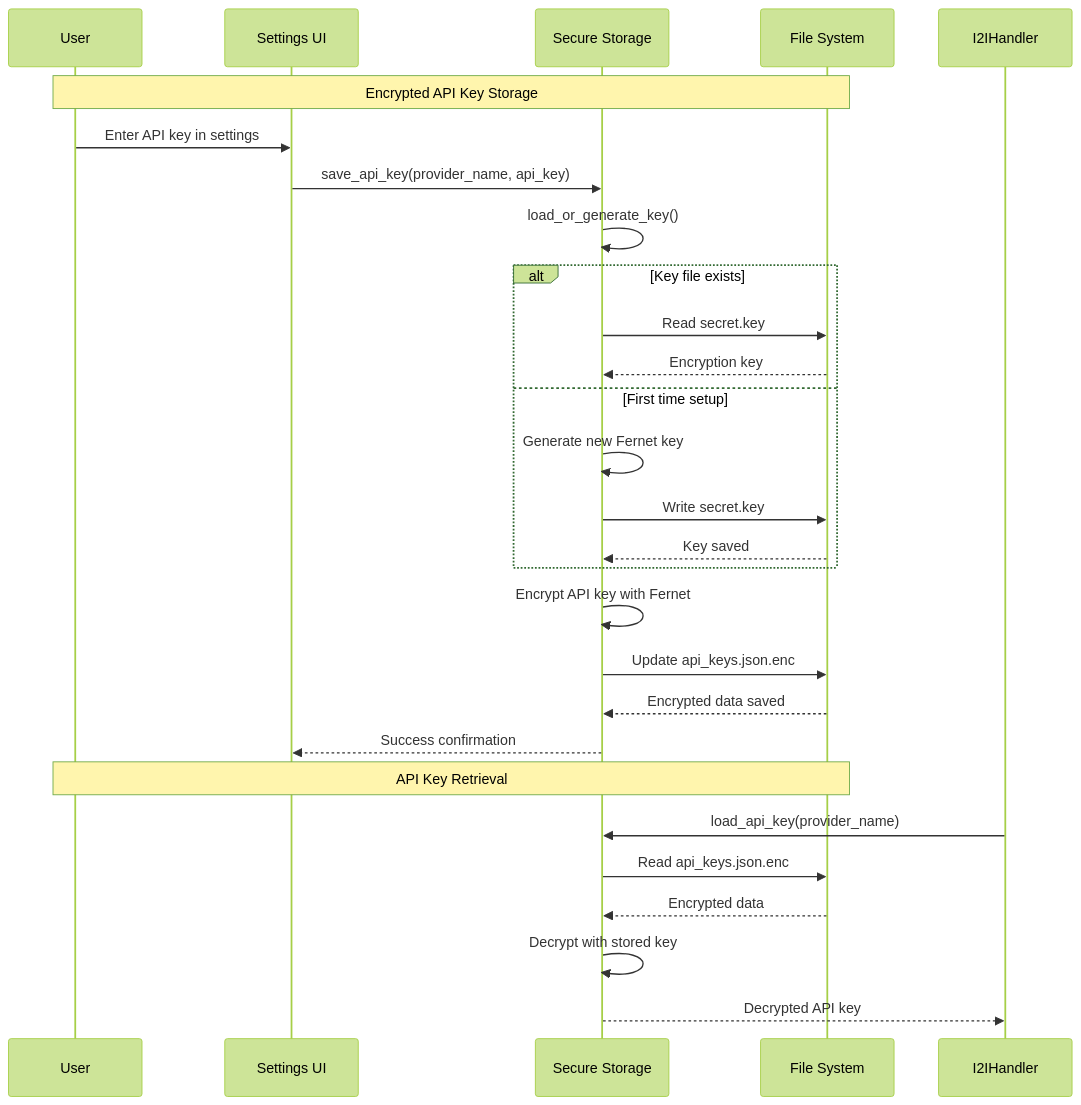
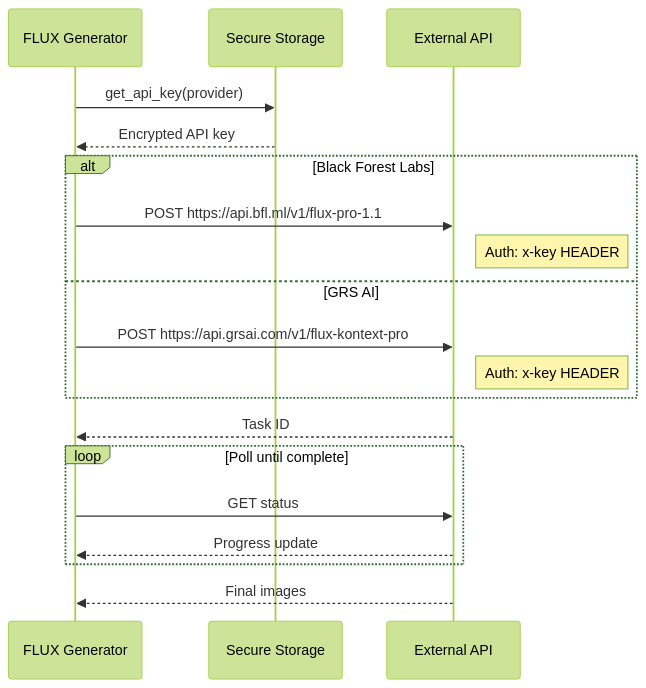
The second of 4 diagrams in workflow diagram/sequence_diagram.md (hooh777/photogen_app_v3), drawn with Mermaid (forest theme) before and after one commit. The commit also changed other lines of this file and 31 other files, not shown here.

````diff
--- a/workflow diagram/sequence_diagram.md
+++ b/workflow diagram/sequence_diagram.md
@@ -761,35 +99,26 @@
 ```mermaid
 sequenceDiagram
-    participant User
-    participant UI as Settings UI
-    participant SecureStorage as Secure Storage
-    participant Filesystem as File System
+    participant Generator as FLUX Generator
+    participant Storage as Secure Storage
+    participant API as External API
 
-    Note over User, Filesystem: Encrypted API Key Storage
-
-    User->>UI: Enter API key in settings
-    UI->>SecureStorage: save_api_key(provider_name, api_key)
-    SecureStorage->>SecureStorage: load_or_generate_key()
+    Generator->>Storage: get_api_key(provider)
+    Storage-->>Generator: Encrypted API key
     
-    alt Key file exists
-        SecureStorage->>Filesystem: Read secret.key
-        Filesystem-->>SecureStorage: Encryption key
-    else First time setup
-        SecureStorage->>SecureStorage: Generate new Fernet key
-        SecureStorage->>Filesystem: Write secret.key
-        Filesystem-->>SecureStorage: Key saved
+    alt Black Forest Labs
+        Generator->>API: POST https://api.bfl.ml/v1/flux-pro-1.1
+        Note right of API: Auth: x-key HEADER
+    else GRS AI
+        Generator->>API: POST https://api.grsai.com/v1/flux-kontext-pro
+        Note right of API: Auth: x-key HEADER
     end
     
-    SecureStorage->>SecureStorage: Encrypt API key with Fernet
-    SecureStorage->>Filesystem: Update api_keys.json.enc
-    Filesystem-->>SecureStorage: Encrypted data saved
-    SecureStorage-->>UI: Success confirmation
+    API-->>Generator: Task ID
     
-    Note over User, Filesystem: API Key Retrieval
+    loop Poll until complete
+        Generator->>API: GET status
+        API-->>Generator: Progress update
+    end
     
-    I2IHandler->>SecureStorage: load_api_key(provider_name)
-    SecureStorage->>Filesystem: Read api_keys.json.enc
-    Filesystem-->>SecureStorage: Encrypted data
-    SecureStorage->>SecureStorage: Decrypt with stored key
-    SecureStorage-->>I2IHandler: Decrypted API key
+    API-->>Generator: Final images
 ```
````
